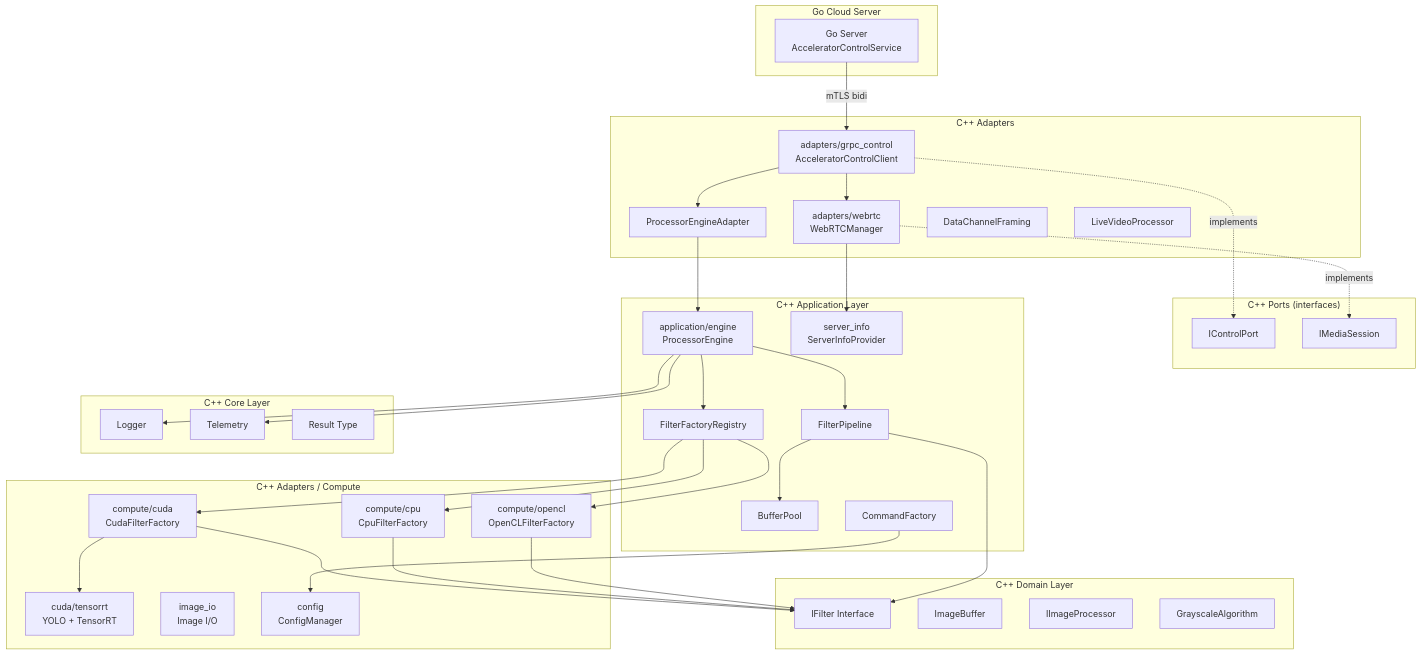
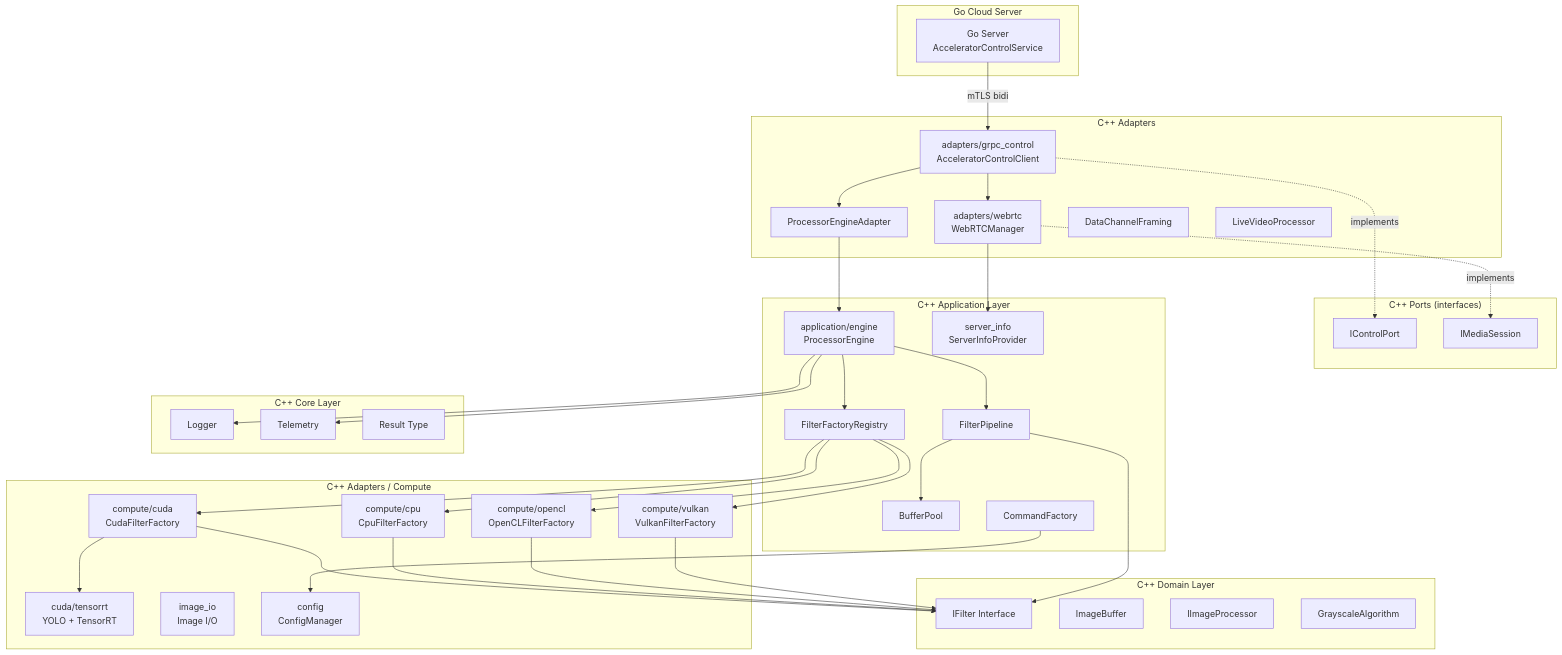
Before and after one commit to josnelihurt/learning-cuda: the second of 6 diagrams in src/cpp_accelerator/README.md, drawn with Mermaid. The commit also changed other lines of this file and 1 other file, not shown here.

````diff
--- a/src/cpp_accelerator/README.md
+++ b/src/cpp_accelerator/README.md
@@ -94,73 +97,76 @@
 ```mermaid
 graph TB
     subgraph "Go Cloud Server"
         GoServer[Go Server<br/>AcceleratorControlService]
     end
 
     subgraph "C++ Ports (interfaces)"
         IControlPort[IControlPort]
         IMediaSession[IMediaSession]
     end
 
     subgraph "C++ Adapters"
         AccelClient[adapters/grpc_control<br/>AcceleratorControlClient]
         Provider[ProcessorEngineAdapter]
         WebRTCPort[adapters/webrtc<br/>WebRTCManager]
         DataChannelFraming[DataChannelFraming]
         LiveVideoProcessor[LiveVideoProcessor]
     end
 
     subgraph "C++ Application Layer"
         ProcessorEngine[application/engine<br/>ProcessorEngine]
         FactoryRegistry[FilterFactoryRegistry]
         ServerInfo[server_info<br/>ServerInfoProvider]
         FilterPipeline[FilterPipeline]
         BufferPool[BufferPool]
         CommandFactory[CommandFactory]
     end
 
     subgraph "C++ Domain Layer"
         IFilter[IFilter Interface]
         ImageBuffer[ImageBuffer]
         IImageProcessor[IImageProcessor]
         GrayscaleAlgorithm[GrayscaleAlgorithm]
     end
 
     subgraph "C++ Adapters / Compute"
         CudaFactory[compute/cuda<br/>CudaFilterFactory]
         CpuFactory[compute/cpu<br/>CpuFilterFactory]
         OpenCLFactory[compute/opencl<br/>OpenCLFilterFactory]
+        VulkanFactory[compute/vulkan<br/>VulkanFilterFactory]
         TRTInference[cuda/tensorrt<br/>YOLO + TensorRT]
         ImageIO[image_io<br/>Image I/O]
         ConfigManager[config<br/>ConfigManager]
     end
 
     subgraph "C++ Core Layer"
         Logger[Logger]
         Telemetry[Telemetry]
         Result[Result Type]
     end
 
     GoServer -->|mTLS bidi| AccelClient
     AccelClient -.->|implements| IControlPort
     WebRTCPort -.->|implements| IMediaSession
     AccelClient --> Provider
     Provider --> ProcessorEngine
     AccelClient --> WebRTCPort
     WebRTCPort --> ServerInfo
 
     ProcessorEngine --> FilterPipeline
     FilterPipeline --> BufferPool
     FilterPipeline --> IFilter
     ProcessorEngine --> FactoryRegistry
     FactoryRegistry --> CudaFactory
     FactoryRegistry --> CpuFactory
     FactoryRegistry --> OpenCLFactory
+    FactoryRegistry --> VulkanFactory
     CudaFactory --> IFilter
     CpuFactory --> IFilter
     OpenCLFactory --> IFilter
+    VulkanFactory --> IFilter
     CudaFactory --> TRTInference
     CommandFactory --> ConfigManager
     ProcessorEngine --> Logger
     ProcessorEngine --> Telemetry
 ```
````
